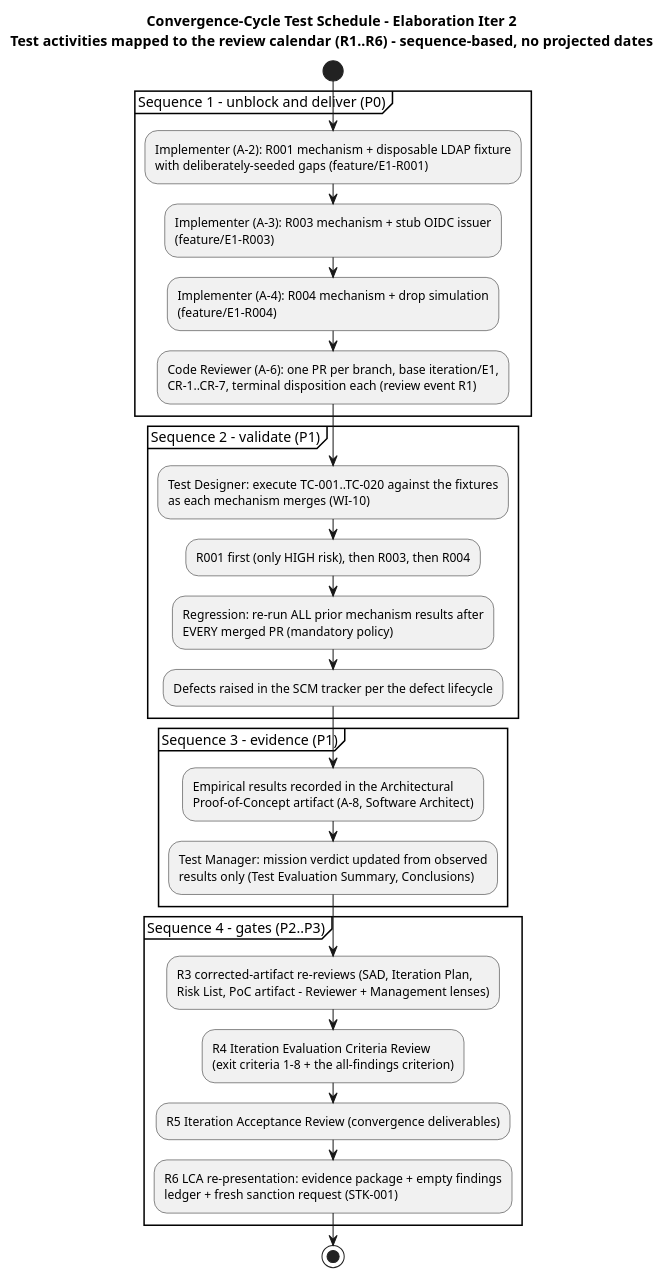
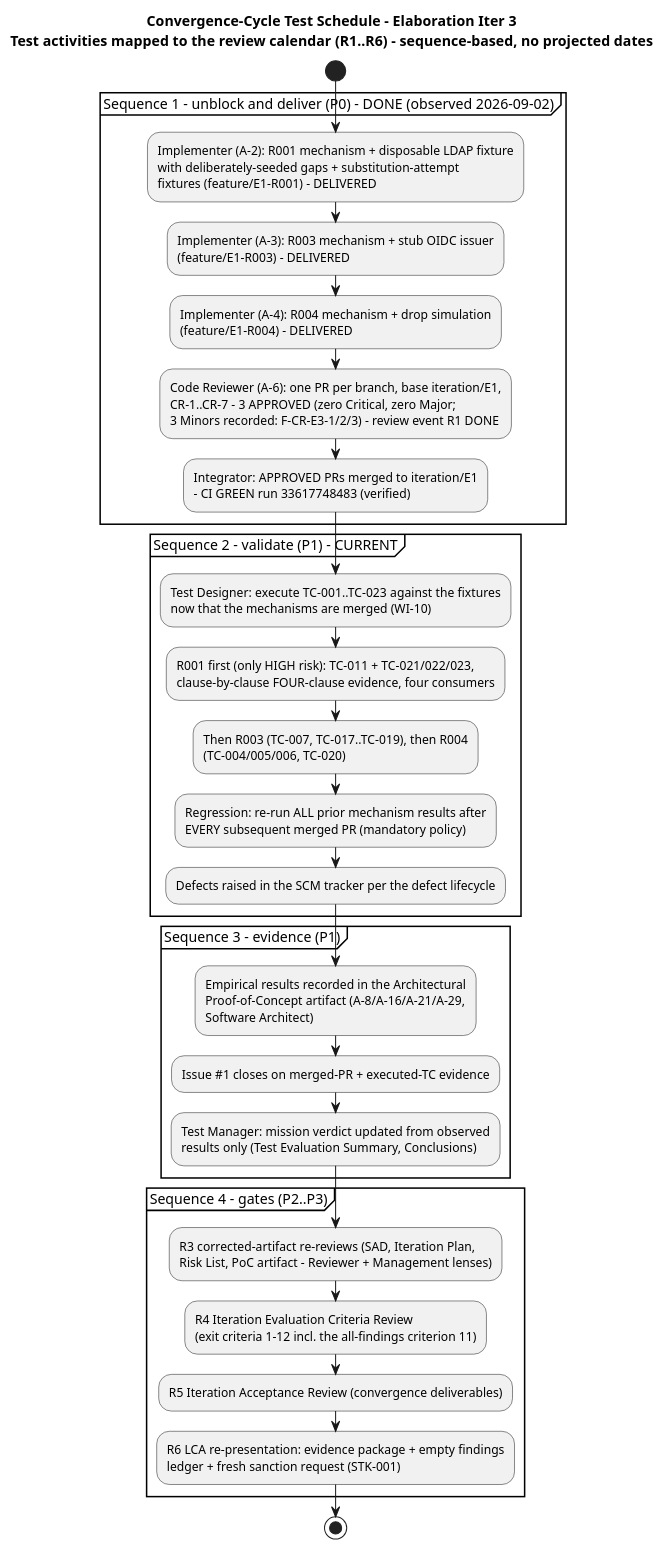
One commit to banense-test/employee-portal changed the fourth of 5 diagrams in docs/artifacts/test/test-evaluation-summary.md. Above: the diagram before and after it, drawn with PlantUML. The commit also changed other lines of this file, not shown here.

First line of the commit message:
Test Manager [E3]: upsert Test Evaluation Summary

````diff
--- a/docs/artifacts/test/test-evaluation-summary.md
+++ b/docs/artifacts/test/test-evaluation-summary.md
@@ -226,30 +242,33 @@
 ```plantuml
 @startuml
-title Convergence-Cycle Test Schedule - Elaboration Iter 2\nTest activities mapped to the review calendar (R1..R6) - sequence-based, no projected dates
+title Convergence-Cycle Test Schedule - Elaboration Iter 3\nTest activities mapped to the review calendar (R1..R6) - sequence-based, no projected dates
 
 start
-partition "Sequence 1 - unblock and deliver (P0)" {
-  :Implementer (A-2): R001 mechanism + disposable LDAP fixture\nwith deliberately-seeded gaps (feature/E1-R001);
-  :Implementer (A-3): R003 mechanism + stub OIDC issuer\n(feature/E1-R003);
-  :Implementer (A-4): R004 mechanism + drop simulation\n(feature/E1-R004);
-  :Code Reviewer (A-6): one PR per branch, base iteration/E1,\nCR-1..CR-7, terminal disposition each (review event R1);
+partition "Sequence 1 - unblock and deliver (P0) - DONE (observed 2026-09-02)" {
+  :Implementer (A-2): R001 mechanism + disposable LDAP fixture\nwith deliberately-seeded gaps + substitution-attempt\nfixtures (feature/E1-R001) - DELIVERED;
+  :Implementer (A-3): R003 mechanism + stub OIDC issuer\n(feature/E1-R003) - DELIVERED;
+  :Implementer (A-4): R004 mechanism + drop simulation\n(feature/E1-R004) - DELIVERED;
+  :Code Reviewer (A-6): one PR per branch, base iteration/E1,\nCR-1..CR-7 - 3 APPROVED (zero Critical, zero Major;\n3 Minors recorded: F-CR-E3-1/2/3) - review event R1 DONE;
+  :Integrator: APPROVED PRs merged to iteration/E1\n- CI GREEN run 33617748483 (verified);
 }
-partition "Sequence 2 - validate (P1)" {
-  :Test Designer: execute TC-001..TC-020 against the fixtures\nas each mechanism merges (WI-10);
-  :R001 first (only HIGH risk), then R003, then R004;
-  :Regression: re-run ALL prior mechanism results after\nEVERY merged PR (mandatory policy);
+partition "Sequence 2 - validate (P1) - CURRENT" {
+  :Test Designer: execute TC-001..TC-023 against the fixtures\nnow that the mechanisms are merged (WI-10);
+  :R001 first (only HIGH risk): TC-011 + TC-021/022/023,\nclause-by-clause FOUR-clause evidence, four consumers;
+  :Then R003 (TC-007, TC-017..TC-019), then R004\n(TC-004/005/006, TC-020);
+  :Regression: re-run ALL prior mechanism results after\nEVERY subsequent merged PR (mandatory policy);
   :Defects raised in the SCM tracker per the defect lifecycle;
 }
 partition "Sequence 3 - evidence (P1)" {
-  :Empirical results recorded in the Architectural\nProof-of-Concept artifact (A-8, Software Architect);
+  :Empirical results recorded in the Architectural\nProof-of-Concept artifact (A-8/A-16/A-21/A-29,\nSoftware Architect);
+  :Issue #1 closes on merged-PR + executed-TC evidence;
   :Test Manager: mission verdict updated from observed\nresults only (Test Evaluation Summary, Conclusions);
 }
 partition "Sequence 4 - gates (P2..P3)" {
   :R3 corrected-artifact re-reviews (SAD, Iteration Plan,\nRisk List, PoC artifact - Reviewer + Management lenses);
-  :R4 Iteration Evaluation Criteria Review\n(exit criteria 1-8 + the all-findings criterion);
+  :R4 Iteration Evaluation Criteria Review\n(exit criteria 1-12 incl. the all-findings criterion 11);
   :R5 Iteration Acceptance Review (convergence deliverables);
   :R6 LCA re-presentation: evidence package + empty findings\nledger + fresh sanction request (STK-001);
 }
 stop
 @enduml
 ```
````
